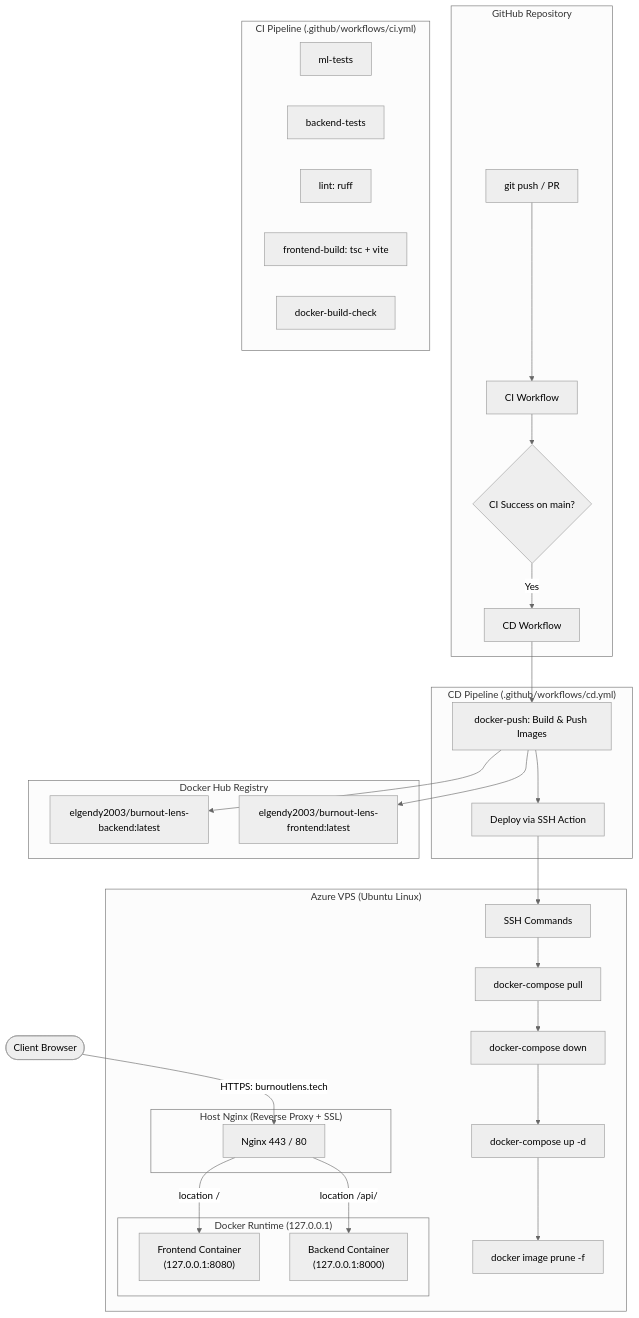
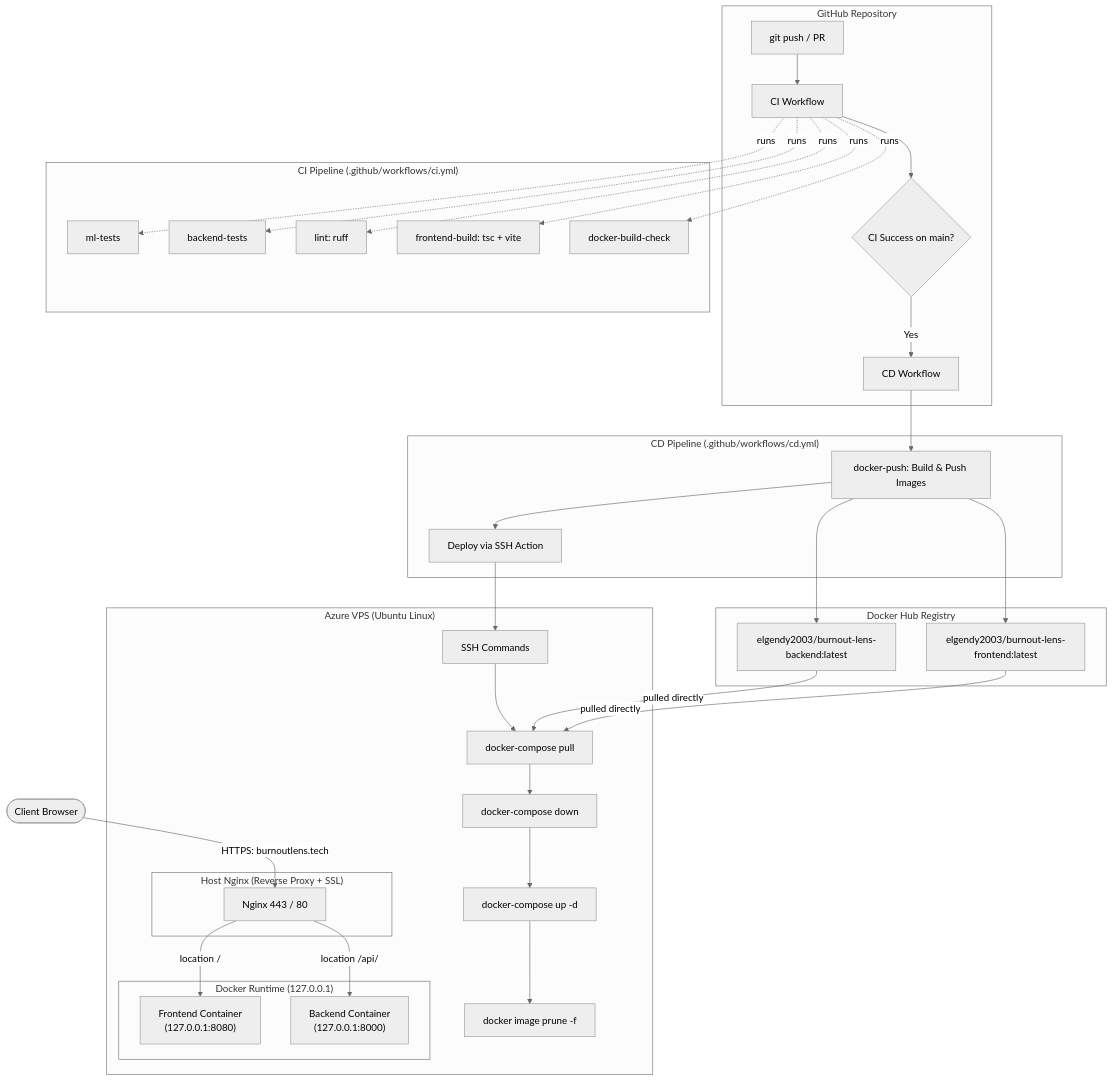
Before and after one commit to mahmoud375/BurnOut-Lens: the diagram in README.md, drawn with Mermaid (neutral theme).

Commit message:
Update README with CI and frontend build details

````diff
--- a/README.md
+++ b/README.md
@@ -224,47 +224,56 @@
 ```mermaid
 flowchart TD
     subgraph GitHub ["GitHub Repository"]
         A[git push / PR] --> B[CI Workflow]
         B --> C{CI Success on main?}
         C -- Yes --> D[CD Workflow]
     end
 
     subgraph CI ["CI Pipeline (.github/workflows/ci.yml)"]
         B1[ml-tests]
         B2[backend-tests]
         B3[lint: ruff]
         B4[frontend-build: tsc + vite]
         B5[docker-build-check]
     end
+
+    B -.->|runs| B1
+    B -.->|runs| B2
+    B -.->|runs| B3
+    B -.->|runs| B4
+    B -.->|runs| B5
 
     subgraph CD ["CD Pipeline (.github/workflows/cd.yml)"]
         D --> D1[docker-push: Build & Push Images]
         D1 --> D2[Deploy via SSH Action]
     end
 
     subgraph Registries ["Docker Hub Registry"]
         D1 --> R1["elgendy2003/burnout-lens-backend:latest"]
         D1 --> R2["elgendy2003/burnout-lens-frontend:latest"]
     end
 
     subgraph VPS ["Azure VPS (Ubuntu Linux)"]
         D2 --> S1[SSH Commands]
         S1 --> S2[docker-compose pull]
         S2 --> S3[docker-compose down]
         S3 --> S4[docker-compose up -d]
         S4 --> S5[docker image prune -f]
 
         subgraph Containers ["Docker Runtime (127.0.0.1)"]
             C_FE["Frontend Container\n(127.0.0.1:8080)"]
             C_BE["Backend Container\n(127.0.0.1:8000)"]
         end
 
         subgraph Ingress ["Host Nginx (Reverse Proxy + SSL)"]
             NX[Nginx 443 / 80]
             NX -- "location /api/" --> C_BE
             NX -- "location /" --> C_FE
         end
     end
 
+    R1 -->|"pulled directly"| S2
+    R2 -->|"pulled directly"| S2
+
     Internet([Client Browser]) -->|HTTPS: burnoutlens.tech| NX
 ```
````
